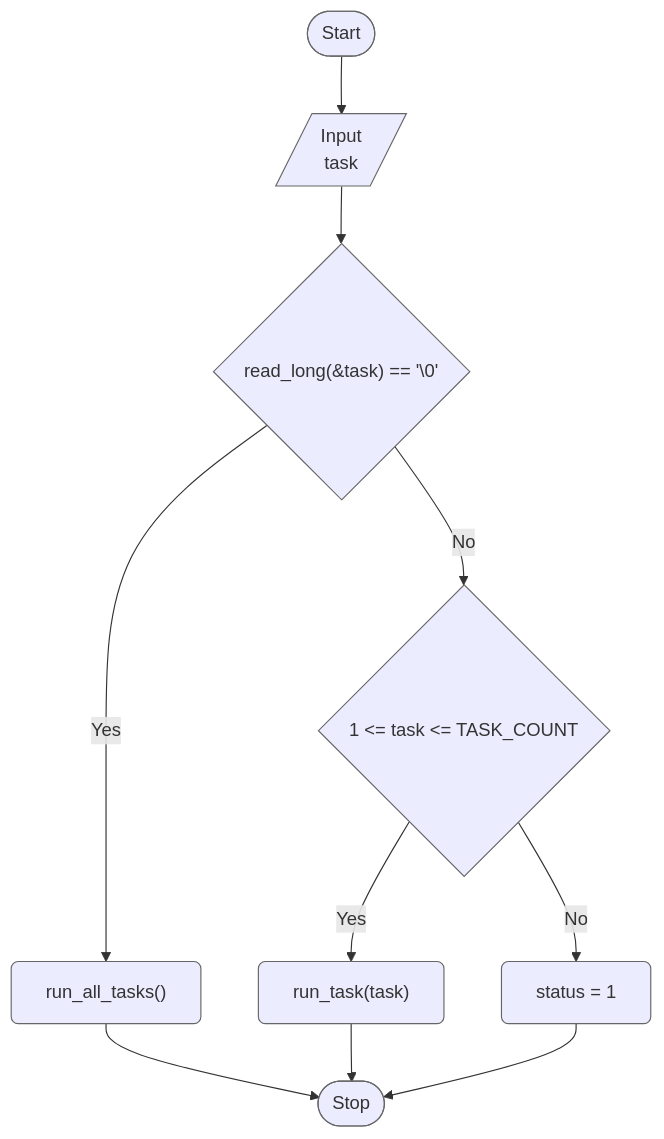
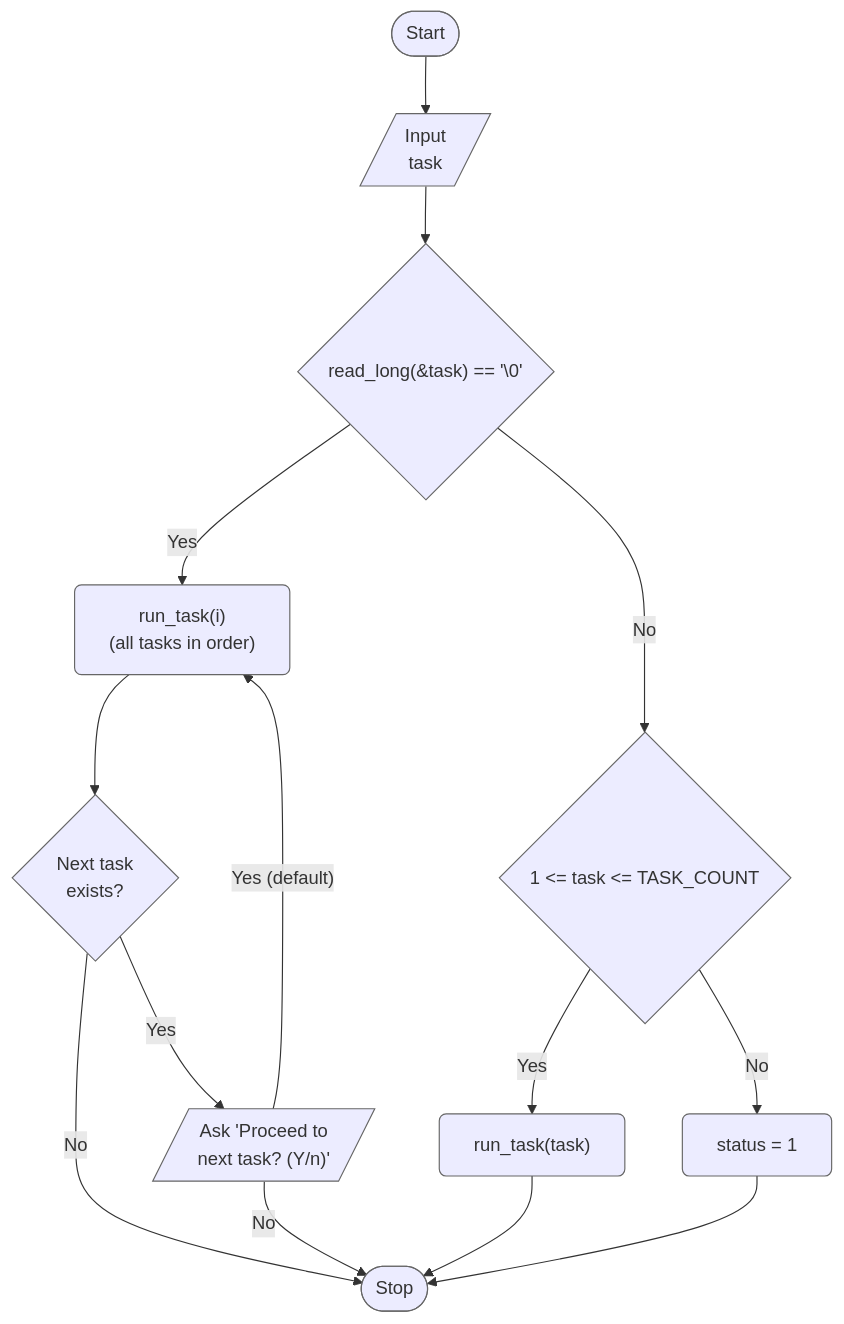
One commit to nykonhrytsyshyn/khnu-prog-labs changed the first of 5 diagrams in lab_02/README.md. Above: the diagram before and after it, drawn with Mermaid. The commit also changed other lines of this file and 4 other files, not shown here.

Commit message:
Add confirmation prompt for proceeding to next task

````diff
--- a/lab_02/README.md
+++ b/lab_02/README.md
@@ -37,15 +37,19 @@
 ```mermaid
 flowchart TD
   A(["Start"]) --> B[/"Input<br/>task"/]
   B --> C{"read_long(&task) == '\0'"}
-  C -->|Yes| D["run_all_tasks()"]
+  C -->|Yes| D["run_task(i)<br/>(all tasks in order)"]
   C -->|No| E{"1 <= task <= TASK_COUNT"}
   E -->|Yes| F["run_task(task)"]
   E -->|No| G["status = 1"]
-  D --> H(["Stop"])
+  D --> M{"Next task<br/>exists?"}
+  M -->|No| H(["Stop"])
+  M -->|Yes| N[/"Ask 'Proceed to<br/>next task? (Y/n)'"/]
+  N -->|"Yes (default)"| D
+  N -->|No| H
   F --> H
   G --> H
 
-   classDef stage stroke:#666,rx:6,ry:6
-  class A,B,C,D,E,F,G,H stage
+  classDef stage stroke:#666,rx:6,ry:6
+  class A,B,C,D,E,F,G,H,M,N stage
 ```
````
